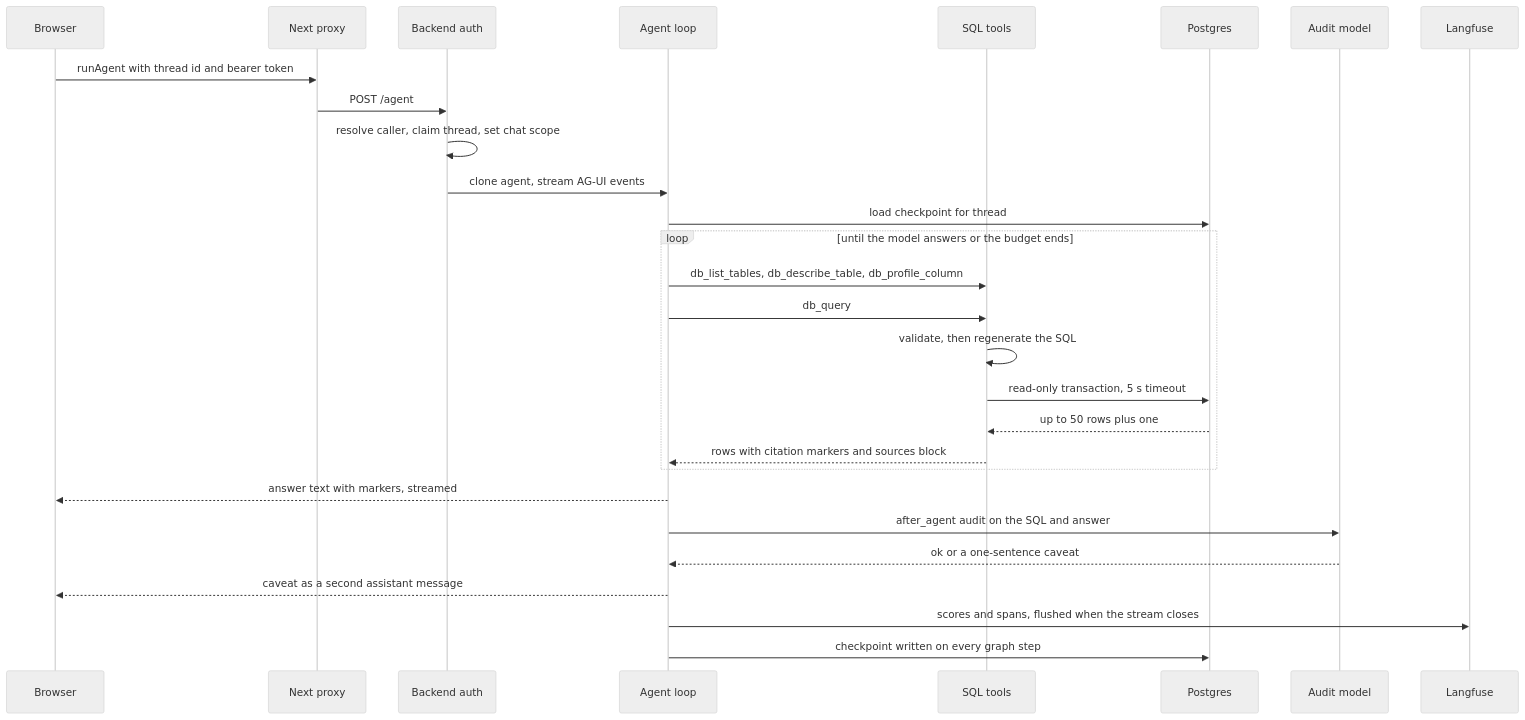
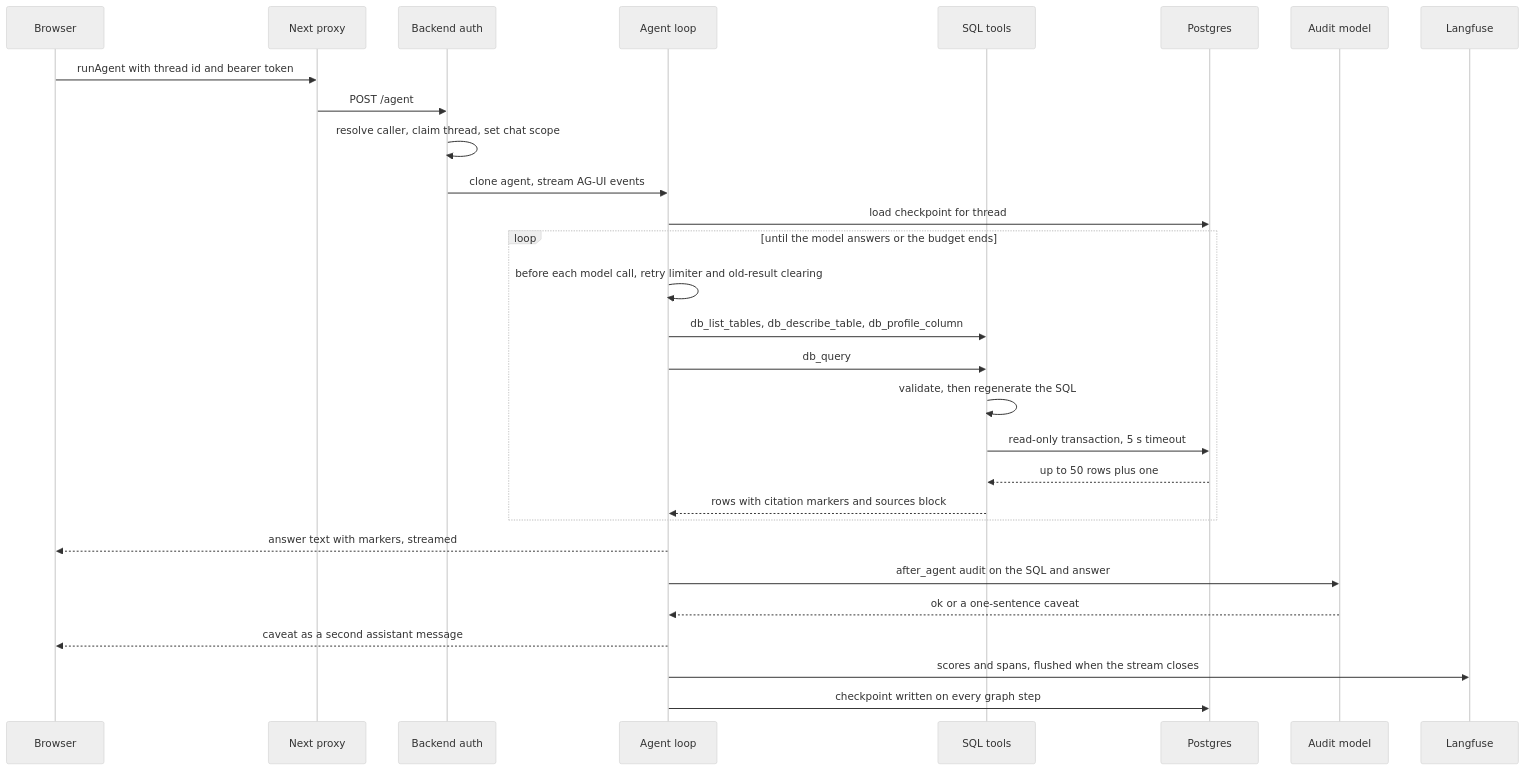
One commit to project-tech4dev/sangam changed the diagram in openwiki/workflows/ask-turn.md. Above: the diagram before and after it, drawn with Mermaid (neutral theme). The commit also changed other lines of this file and 29 other files, not shown here.

Commit message:
docs(wiki): compare_fit replies in text; tool-result clearing in 20k steps

````diff
--- a/openwiki/workflows/ask-turn.md
+++ b/openwiki/workflows/ask-turn.md
@@ -73,31 +85,32 @@
 ```mermaid
 sequenceDiagram
     participant B as Browser
     participant P as Next proxy
     participant A as Backend auth
     participant G as Agent loop
     participant S as SQL tools
     participant D as Postgres
     participant U as Audit model
     participant T as Langfuse
 
     B->>P: runAgent with thread id and bearer token
     P->>A: POST /agent
     A->>A: resolve caller, claim thread, set chat scope
     A->>G: clone agent, stream AG-UI events
     G->>D: load checkpoint for thread
     loop until the model answers or the budget ends
+        G->>G: before each model call, retry limiter and old-result clearing
         G->>S: db_list_tables, db_describe_table, db_profile_column
         G->>S: db_query
         S->>S: validate, then regenerate the SQL
         S->>D: read-only transaction, 5 s timeout
         D-->>S: up to 50 rows plus one
         S-->>G: rows with citation markers and sources block
     end
     G-->>B: answer text with markers, streamed
     G->>U: after_agent audit on the SQL and answer
     U-->>G: ok or a one-sentence caveat
     G-->>B: caveat as a second assistant message
     G->>T: scores and spans, flushed when the stream closes
     G->>D: checkpoint written on every graph step
 ```
````
